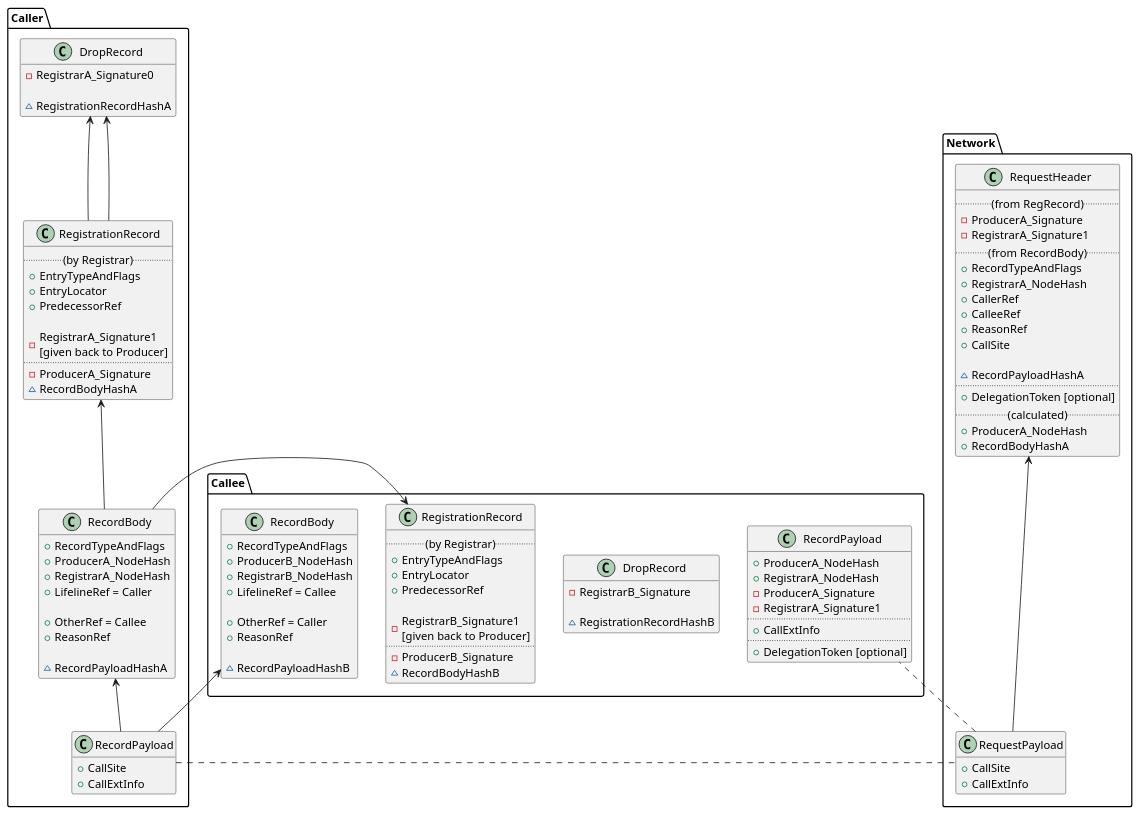
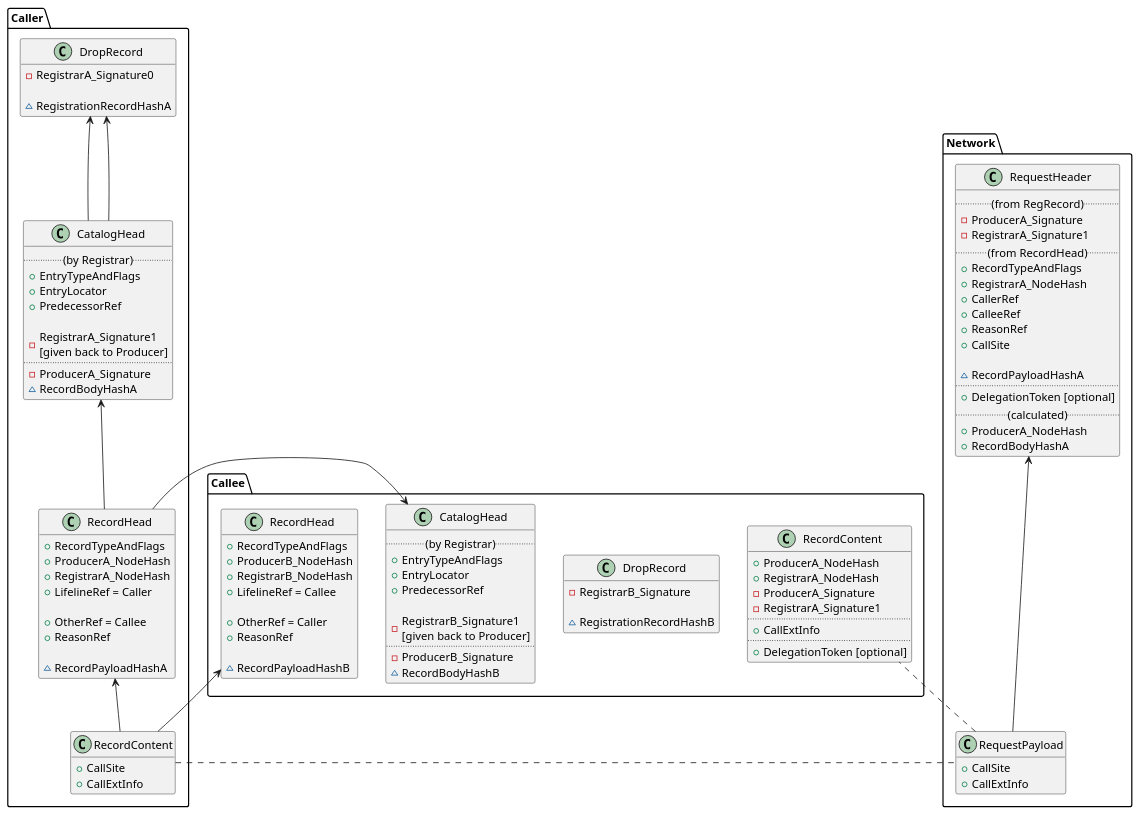
One commit to insolar/assured-ledger changed the diagram in ledger-core/v2/ledger-v2/drafts/records_and_requests.puml. Above: the diagram before and after it, drawn with PlantUML. The commit also changed 6 other files, not shown here.

```diff
--- a/ledger-core/v2/ledger-v2/drafts/records_and_requests.puml
+++ b/ledger-core/v2/ledger-v2/drafts/records_and_requests.puml
@@ -1,124 +1,124 @@
 @startuml
 
 hide empty members
 
 namespace Caller {
-    DropRecord <-- RegistrationRecord
+    DropRecord <-- CatalogHead
     class DropRecord {
         -RegistrarA_Signature0
 
         ~RegistrationRecordHashA
     }
 
-    class RegistrationRecord {
+    class CatalogHead {
         ..(by Registrar)..
         +EntryTypeAndFlags
         +EntryLocator
         +PredecessorRef
 
         -RegistrarA_Signature1\n[given back to Producer]
         ..
         -ProducerA_Signature
         ~RecordBodyHashA
     }
 
-    RegistrationRecord <-- RecordBody
-    class RecordBody {
+    CatalogHead <-- RecordHead
+    class RecordHead {
         +RecordTypeAndFlags
         +ProducerA_NodeHash
         +RegistrarA_NodeHash
         +LifelineRef = Caller
 
         +OtherRef = Callee
         +ReasonRef
 
         ~RecordPayloadHashA
     }
 
-    RecordBody <-- RecordPayload
-    class RecordPayload {
+    RecordHead <-- RecordContent
+    class RecordContent {
         +CallSite
         +CallExtInfo
     }
 }
 
 namespace Network {
     class RequestHeader
     RequestHeader <--- RequestPayload
     class RequestHeader {
         ..(from RegRecord)..
         -ProducerA_Signature
         -RegistrarA_Signature1
-        ..(from RecordBody)..
+        ..(from RecordHead)..
         +RecordTypeAndFlags
         +RegistrarA_NodeHash
         +CallerRef
         +CalleeRef
         +ReasonRef
         +CallSite
 
         ~RecordPayloadHashA
         ..
         +DelegationToken [optional]
         ..(calculated)..
         +ProducerA_NodeHash
         +RecordBodyHashA
     }
 
-    Caller.RecordPayload . RequestPayload
+    Caller.RecordContent . RequestPayload
 
     class RequestPayload {
         +CallSite
         +CallExtInfo
     }
 }
 
 namespace Callee {
-    DropRecord <-- RegistrationRecord
+    DropRecord <-- CatalogHead
     class DropRecord {
         -RegistrarB_Signature
 
         ~RegistrationRecordHashB
     }
 
-    class RegistrationRecord {
+    class CatalogHead {
         ..(by Registrar)..
         +EntryTypeAndFlags
         +EntryLocator
         +PredecessorRef
 
         -RegistrarB_Signature1\n[given back to Producer]
         ..
         -ProducerB_Signature
         ~RecordBodyHashB
     }
 
-    RegistrationRecord <-- RecordBody
-    class RecordBody {
+    CatalogHead <-- RecordHead
+    class RecordHead {
         +RecordTypeAndFlags
         +ProducerB_NodeHash
         +RegistrarB_NodeHash
         +LifelineRef = Callee
 
         +OtherRef = Caller
         +ReasonRef
 
         ~RecordPayloadHashB
     }
 
-    RecordBody <-- RecordPayload
-    class RecordPayload {
+    RecordHead <-- RecordContent
+    class RecordContent {
         +ProducerA_NodeHash
         +RegistrarA_NodeHash
         -ProducerA_Signature
         -RegistrarA_Signature1
         ..
         +CallExtInfo
         ..
         +DelegationToken [optional]
     }
 
-    Network.RequestPayload . RecordPayload
+    Network.RequestPayload . RecordContent
 }
 
 @enduml
```
